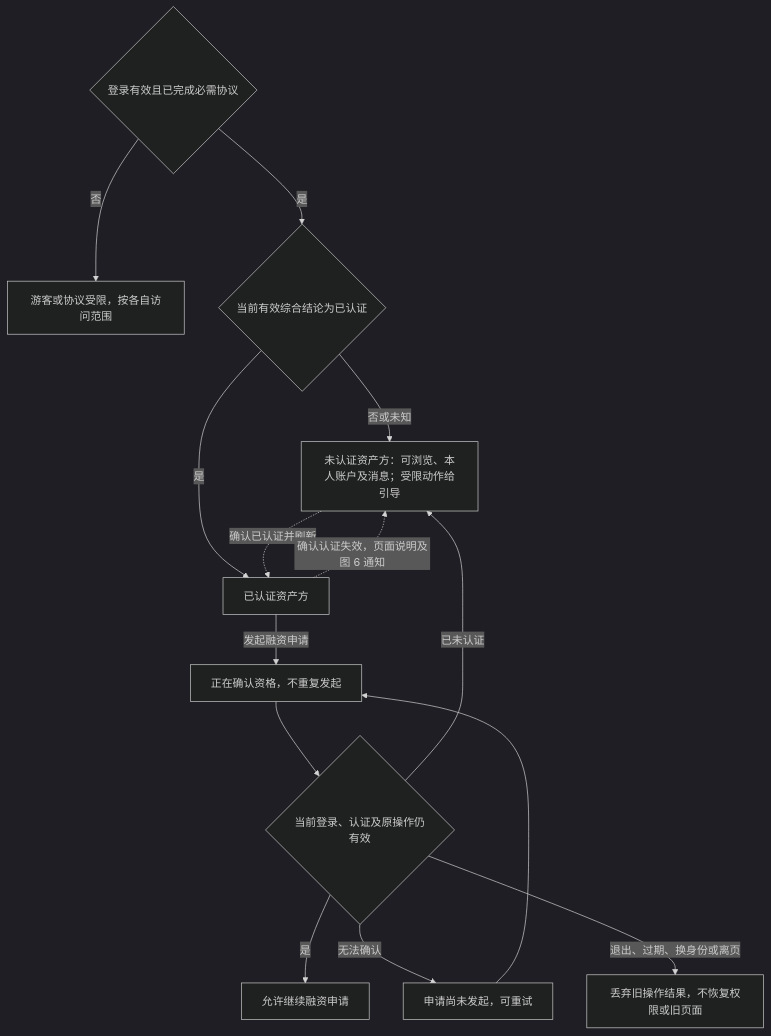
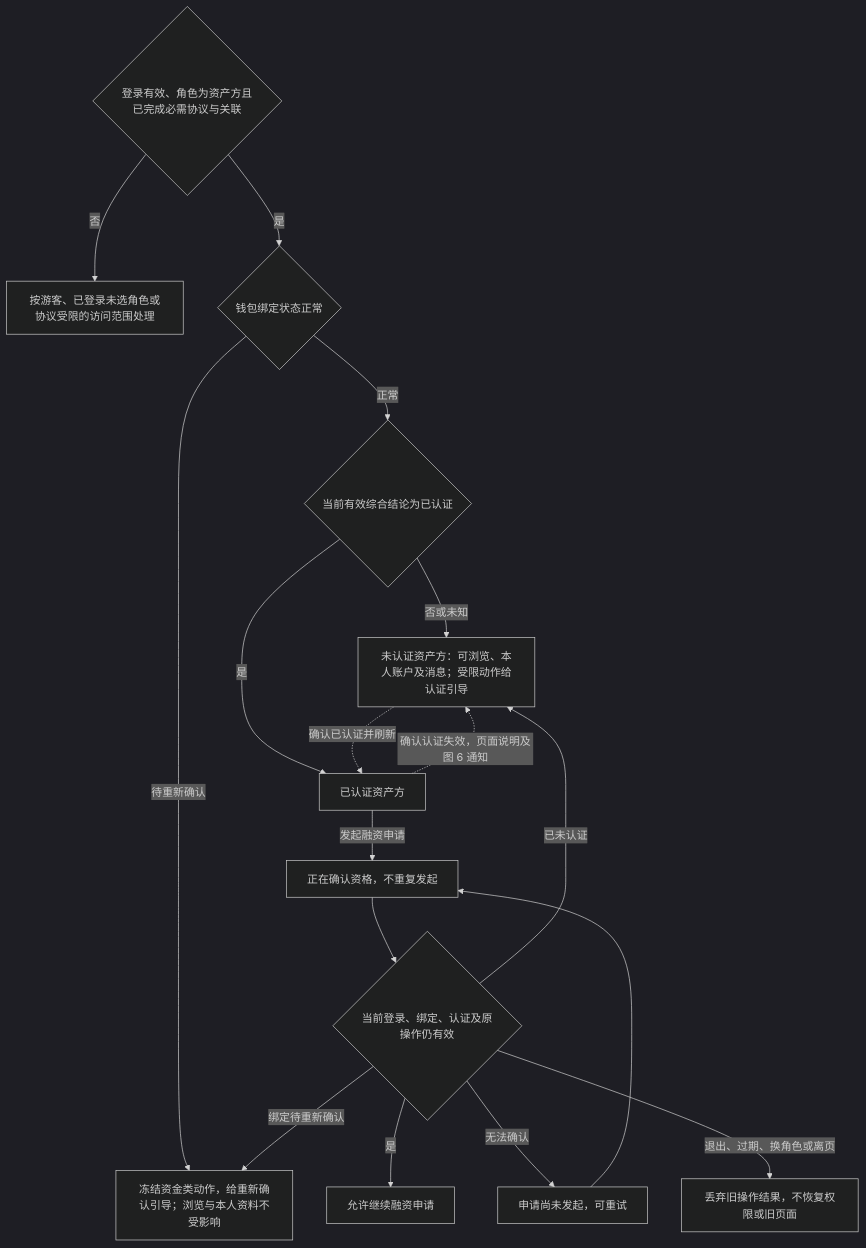
Before and after one commit to wxblockchain/Chain-Financing: the fourth of 7 diagrams in lending-platform/PRD/v2.0-登录与账户体系/02-登录主干与资产方SSO接入-流程图与状态机.md, drawn with Mermaid (dark theme). The commit also changed other lines of this file and 2 other files, not shown here.

````diff
--- a/lending-platform/PRD/v2.0-登录与账户体系/02-登录主干与资产方SSO接入-流程图与状态机.md
+++ b/lending-platform/PRD/v2.0-登录与账户体系/02-登录主干与资产方SSO接入-流程图与状态机.md
@@ -88,16 +99,19 @@
 ```mermaid
 flowchart TD
-    S{"登录有效且已完成必需协议"} -->|否| OUT["游客或协议受限，按各自访问范围"]
-    S -->|是| V{"当前有效综合结论为已认证"}
-    V -->|否或未知| UNVERIFIED["未认证资产方：可浏览、本人账户及消息；受限动作给引导"]
+    S{"登录有效、角色为资产方且已完成必需协议与关联"} -->|否| OUT["按游客、已登录未选角色或协议受限的访问范围处理"]
+    S -->|是| B{"钱包绑定状态正常"}
+    B -->|待重新确认| FREEZE["冻结资金类动作，给重新确认引导；浏览与本人资料不受影响"]
+    B -->|正常| V{"当前有效综合结论为已认证"}
+    V -->|否或未知| UNVERIFIED["未认证资产方：可浏览、本人账户及消息；受限动作给认证引导"]
     V -->|是| VERIFIED["已认证资产方"]
     UNVERIFIED -.->|确认已认证并刷新| VERIFIED
     VERIFIED -.->|确认认证失效，页面说明及图 6 通知| UNVERIFIED
     VERIFIED -->|发起融资申请| WAIT["正在确认资格，不重复发起"]
-    WAIT --> CHECK{"当前登录、认证及原操作仍有效"}
+    WAIT --> CHECK{"当前登录、绑定、认证及原操作仍有效"}
     CHECK -->|是| GO["允许继续融资申请"]
     CHECK -->|已未认证| UNVERIFIED
+    CHECK -->|绑定待重新确认| FREEZE
     CHECK -->|无法确认| RETRY["申请尚未发起，可重试"]
     RETRY --> WAIT
-    CHECK -->|退出、过期、换身份或离页| STOP["丢弃旧操作结果，不恢复权限或旧页面"]
+    CHECK -->|退出、过期、换角色或离页| STOP["丢弃旧操作结果，不恢复权限或旧页面"]
 ```
````
